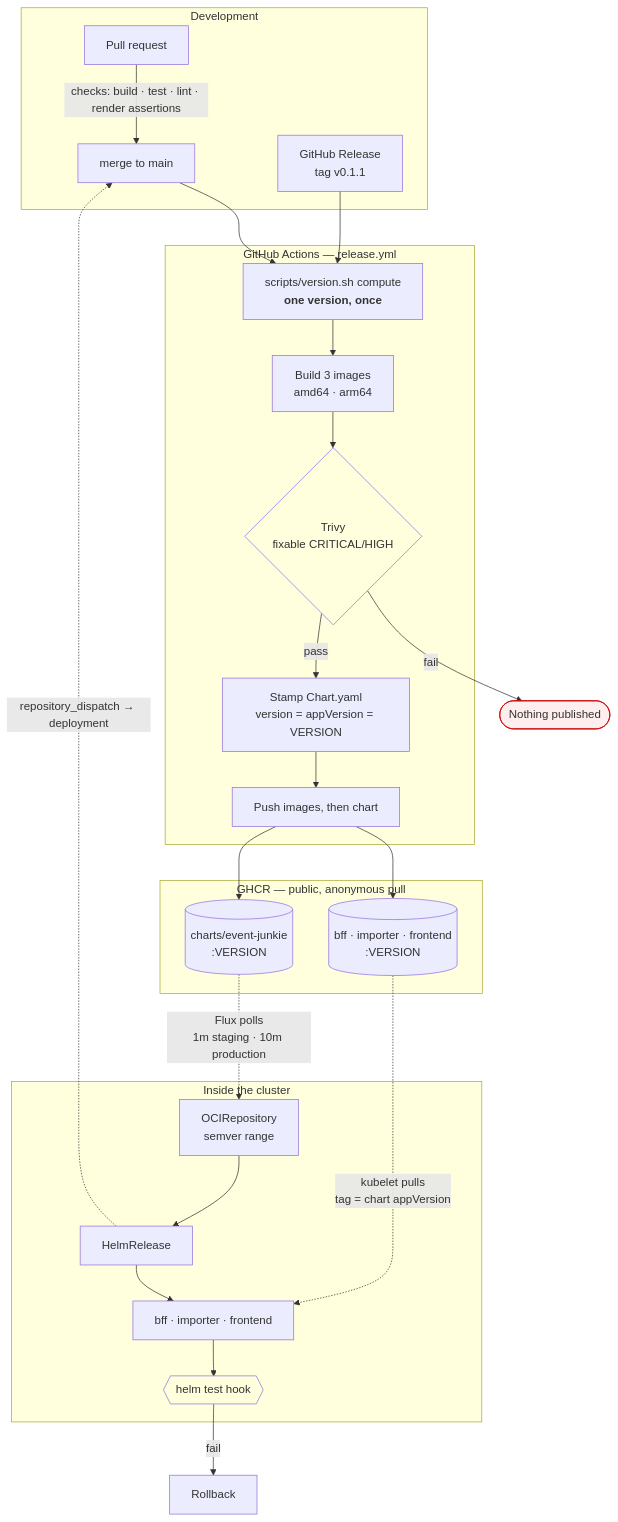
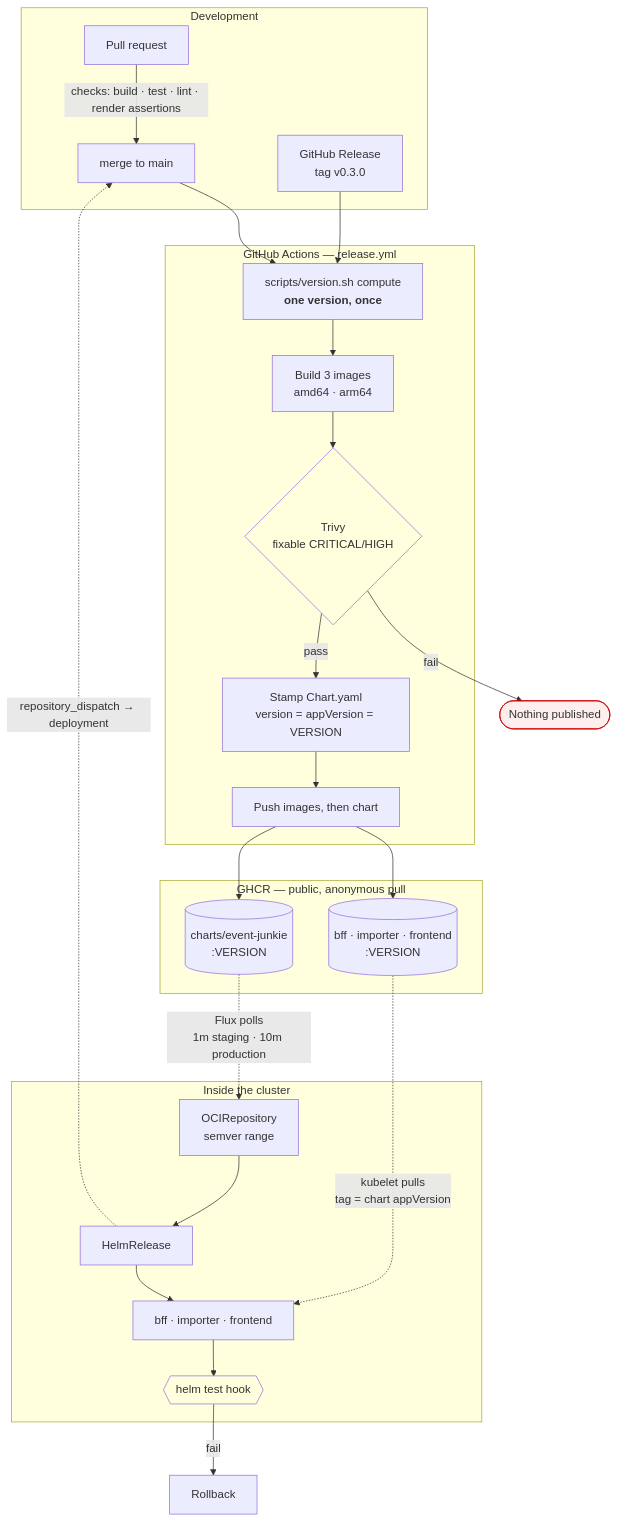
The diagram in docs/ops/RELEASING.md (enorm-labs/event-junkie), drawn with Mermaid before and after one commit. The commit also changed other lines of this file and 7 other files, not shown here.

````diff
--- a/docs/ops/RELEASING.md
+++ b/docs/ops/RELEASING.md
@@ -28,46 +28,46 @@
 ```mermaid
 flowchart TB
     subgraph dev["Development"]
         pr["Pull request"] -->|"checks: build · test · lint · render assertions"| main["merge to main"]
-        rel["GitHub Release<br/>tag v0.1.1"]
+        rel["GitHub Release<br/>tag v0.3.0"]
     end
 
     subgraph ci["GitHub Actions — release.yml"]
         ver["scripts/version.sh compute<br/><b>one version, once</b>"]
         build["Build 3 images<br/>amd64 · arm64"]
         scan{"Trivy<br/>fixable CRITICAL/HIGH"}
         stamp["Stamp Chart.yaml<br/>version = appVersion = VERSION"]
         push["Push images, then chart"]
     end
 
     subgraph ghcr["GHCR — public, anonymous pull"]
         imgs[("bff · importer · frontend<br/>:VERSION")]
         chart[("charts/event-junkie<br/>:VERSION")]
     end
 
     subgraph cluster["Inside the cluster"]
         ocirepo["OCIRepository<br/>semver range"]
         hr["HelmRelease"]
         wl["bff · importer · frontend"]
         test{{"helm test hook"}}
     end
 
     main --> ver
     rel --> ver
     ver --> build --> scan
     scan -->|"fail"| stop(["Nothing published"])
     scan -->|"pass"| stamp --> push
     push --> imgs
     push --> chart
 
     chart -.->|"Flux polls<br/>1m staging · 10m production"| ocirepo
     ocirepo --> hr --> wl
     imgs -.->|"kubelet pulls<br/>tag = chart appVersion"| wl
     wl --> test
     test -->|"fail"| rb["Rollback"]
     hr -.->|"repository_dispatch → deployment"| main
 
     style stop fill:#fee,stroke:#c00
     style scan fill:#ffd
     style test fill:#ffd
 ```
````
